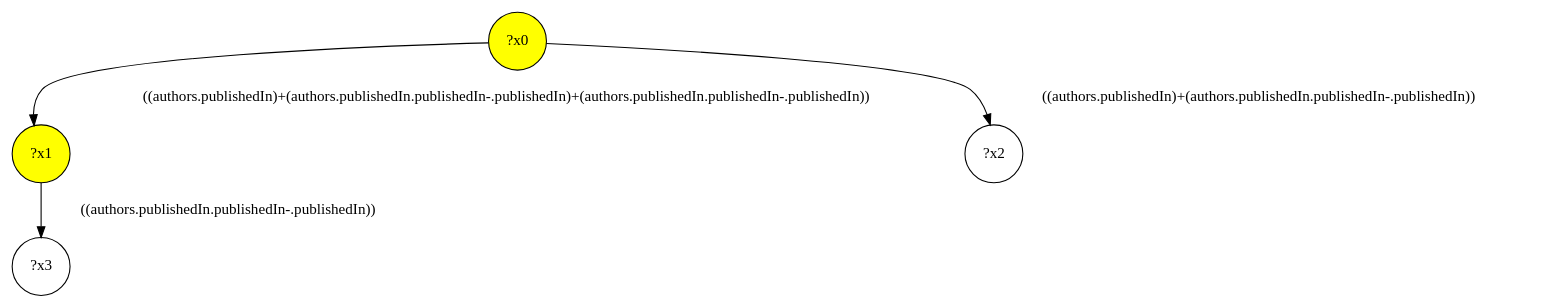
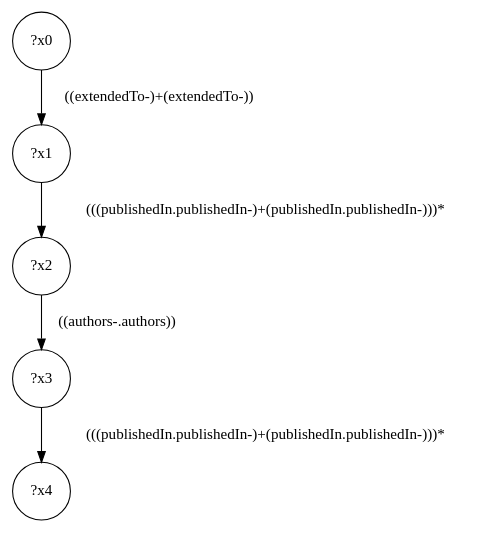
One commit to gbagan/gmark changed the diagram in src/queryinterface/interface-queries/query-3.dot. Above: the diagram before and after it, drawn with Graphviz. The commit also changed 150 other files, not shown here.

```diff
--- a/src/queryinterface/interface-queries/query-3.dot
+++ b/src/queryinterface/interface-queries/query-3.dot
@@ -1,9 +1,11 @@
 digraph g {
-	x0 [fillcolor="yellow", style="filled," shape=circle, label="?x0"];
-	x1 [fillcolor="yellow", style="filled," shape=circle, label="?x1"];
-	x0 -> x1 [label="((authors.publishedIn)+(authors.publishedIn.publishedIn-.publishedIn)+(authors.publishedIn.publishedIn-.publishedIn))"];
+	x0 [shape=circle, label="?x0"];
+	x1 [shape=circle, label="?x1"];
+	x0 -> x1 [label="((extendedTo-)+(extendedTo-))"];
 	x2 [shape=circle, label="?x2"];
-	x0 -> x2 [label="((authors.publishedIn)+(authors.publishedIn.publishedIn-.publishedIn))"];
+	x1 -> x2 [label="(((publishedIn.publishedIn-)+(publishedIn.publishedIn-)))*"];
 	x3 [shape=circle, label="?x3"];
-	x1 -> x3 [label="((authors.publishedIn.publishedIn-.publishedIn))"];
+	x2 -> x3 [label="((authors-.authors))"];
+	x4 [shape=circle, label="?x4"];
+	x3 -> x4 [label="(((publishedIn.publishedIn-)+(publishedIn.publishedIn-)))*"];
 }
```
